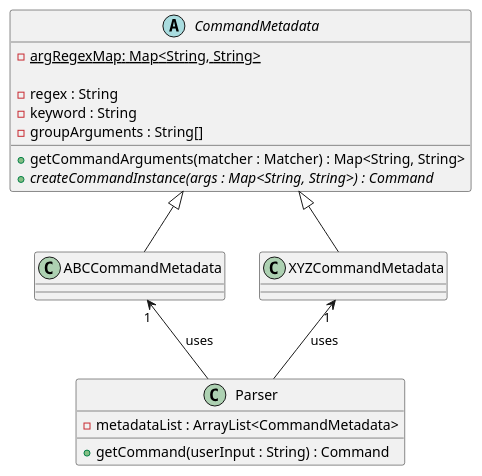
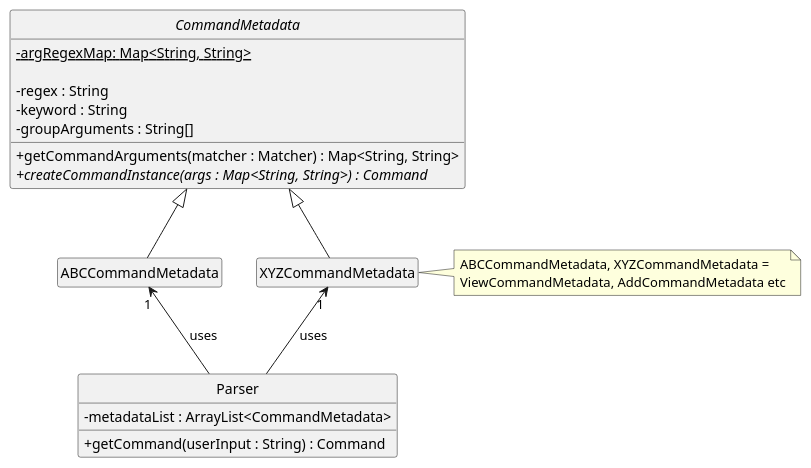
Before and after one commit to fungg0/tp: the diagram in docs/diagrams/Parser.puml, drawn with PlantUML. The commit also changed 4 other files, not shown here.

```diff
--- a/docs/diagrams/Parser.puml
+++ b/docs/diagrams/Parser.puml
@@ -1,27 +1,34 @@
 @startuml
+
+skinparam classAttributeIconSize 0
+hide empty members
+hide circle
 
 class Parser {
     - metadataList : ArrayList<CommandMetadata>
     + getCommand(userInput : String) : Command
 }
 
 abstract class CommandMetadata {
     - {static} argRegexMap: Map<String, String>
 
     - regex : String
     - keyword : String
     - groupArguments : String[]
 
     + getCommandArguments(matcher : Matcher) : Map<String, String>
     + {abstract} createCommandInstance(args : Map<String, String>) : Command
 }
 
 class ABCCommandMetadata extends CommandMetadata {}
 class XYZCommandMetadata extends CommandMetadata {}
 
+note right of XYZCommandMetadata
+  ABCCommandMetadata, XYZCommandMetadata =
+  ViewCommandMetadata, AddCommandMetadata etc
+end note
+
 Parser -up-> "1" XYZCommandMetadata : uses
 Parser -up-> "1" ABCCommandMetadata : uses
 
-
-
 @enduml
```
